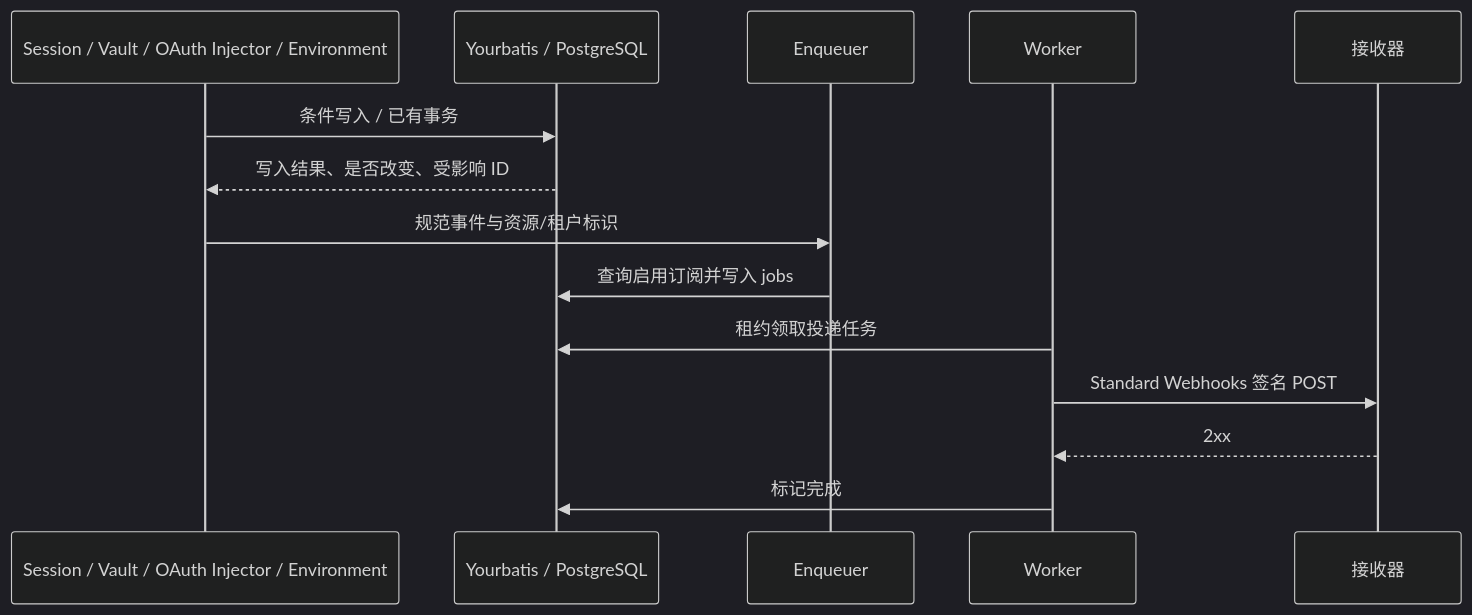
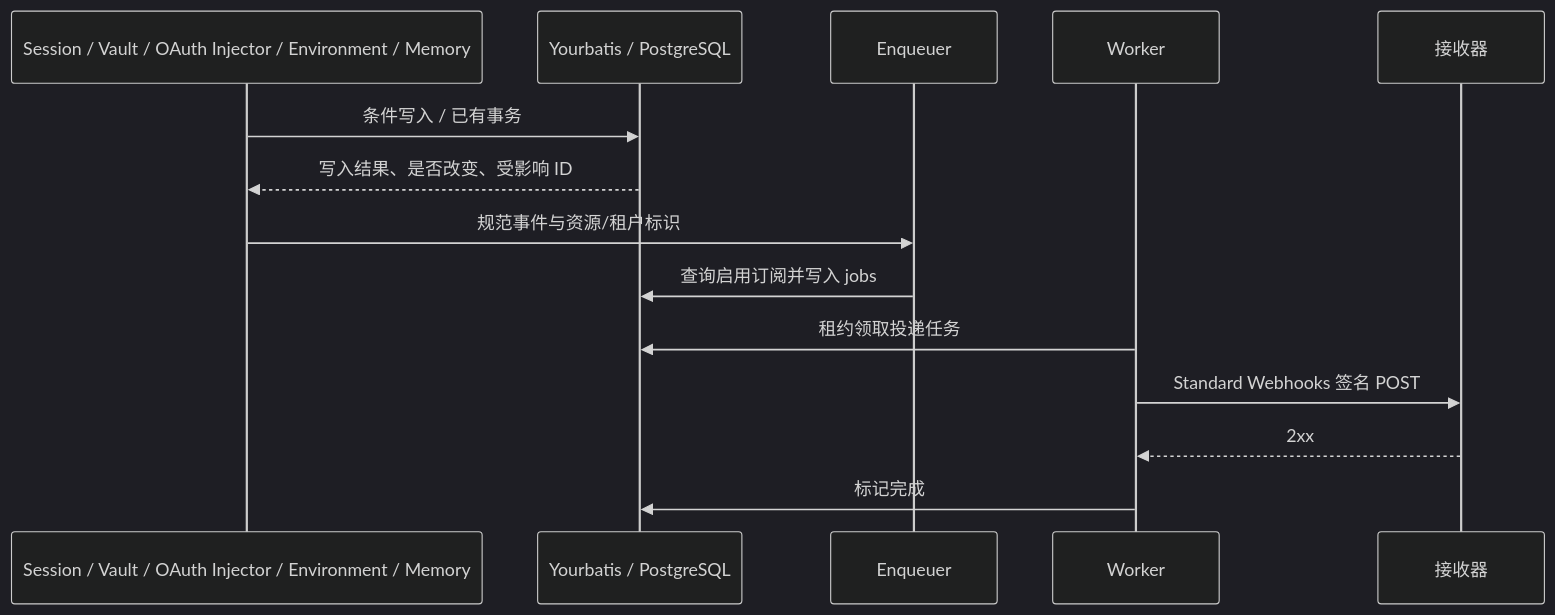
One commit to superduck-ai/open-managed-agents changed the third of 4 diagrams in docs/design/webhook-subscriptions.md. Above: the diagram before and after it, drawn with Mermaid (dark theme). The commit also changed other lines of this file and 17 other files, not shown here.

````diff
--- a/docs/design/webhook-subscriptions.md
+++ b/docs/design/webhook-subscriptions.md
@@ -104,16 +104,16 @@
 ```mermaid
 sequenceDiagram
-    participant Resource as Session / Vault / OAuth Injector / Environment
+    participant Resource as Session / Vault / OAuth Injector / Environment / Memory
     participant DB as Yourbatis / PostgreSQL
     participant Enqueuer
     participant Worker
     participant Receiver as 接收器
     Resource->>DB: 条件写入 / 已有事务
     DB-->>Resource: 写入结果、是否改变、受影响 ID
     Resource->>Enqueuer: 规范事件与资源/租户标识
     Enqueuer->>DB: 查询启用订阅并写入 jobs
     Worker->>DB: 租约领取投递任务
     Worker->>Receiver: Standard Webhooks 签名 POST
     Receiver-->>Worker: 2xx
     Worker->>DB: 标记完成
 ```
````
